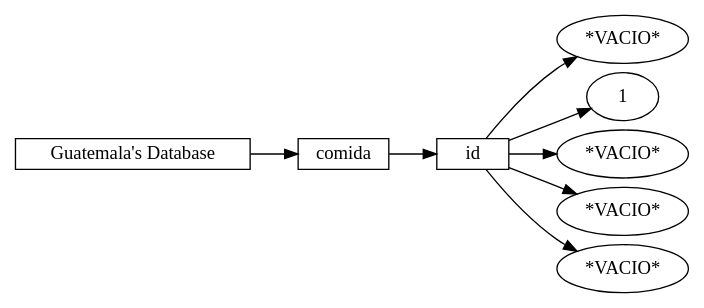
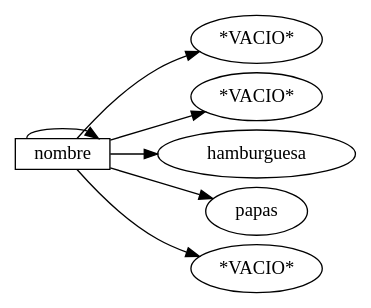
Before and after one commit to Fxhnd13/EstructuraDeDatos_Proyecto_2: the diagram in Docs/Grafico.dot, drawn with Graphviz. The commit also changed 4 other files, not shown here.

```diff
--- a/Docs/Grafico.dot
+++ b/Docs/Grafico.dot
@@ -1,19 +1,16 @@
 digraph G {
      nodesep=.1;
      rankdir=LR;
-     node0 [label="Guatemala's Database", shape=record, height=.1];
+     node0 -> node0;
+     node0 [label="nombre", shape=record, height=.1];
      node0 -> node1;
-     node1 [label="comida", shape=record, height=.1];
-     node1 -> node2;
-     node2 [label="id", shape=record, height=.1];
-     node2 -> node3;
-     node3 [label="*VACIO*"];
-     node2 -> node4;
-     node4 [label="1"];
-     node2 -> node5;
+     node1 [label="*VACIO*"];
+     node0 -> node2;
+     node2 [label="*VACIO*"];
+     node0 -> node3;
+     node3 [label="hamburguesa"];
+     node0 -> node4;
+     node4 [label="papas"];
+     node0 -> node5;
      node5 [label="*VACIO*"];
-     node2 -> node6;
-     node6 [label="*VACIO*"];
-     node2 -> node7;
-     node7 [label="*VACIO*"];
 }
```
